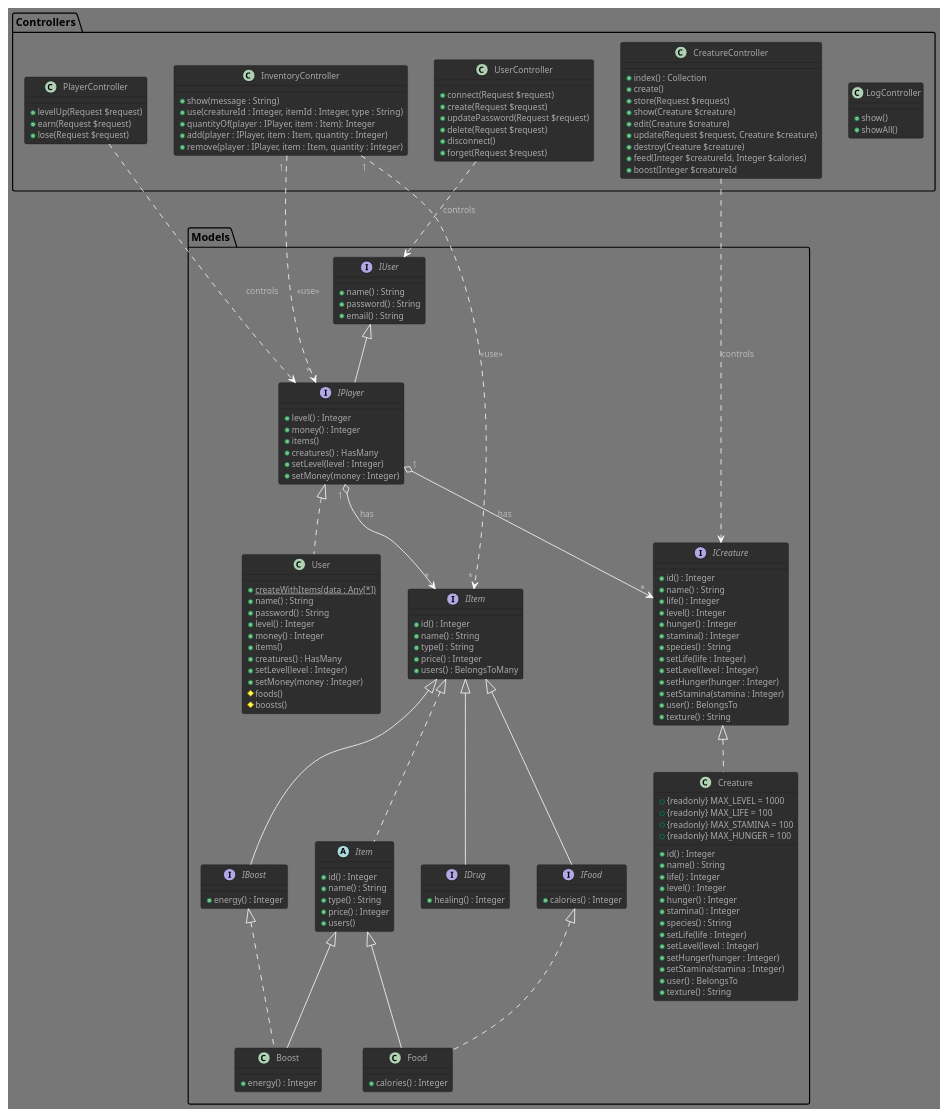
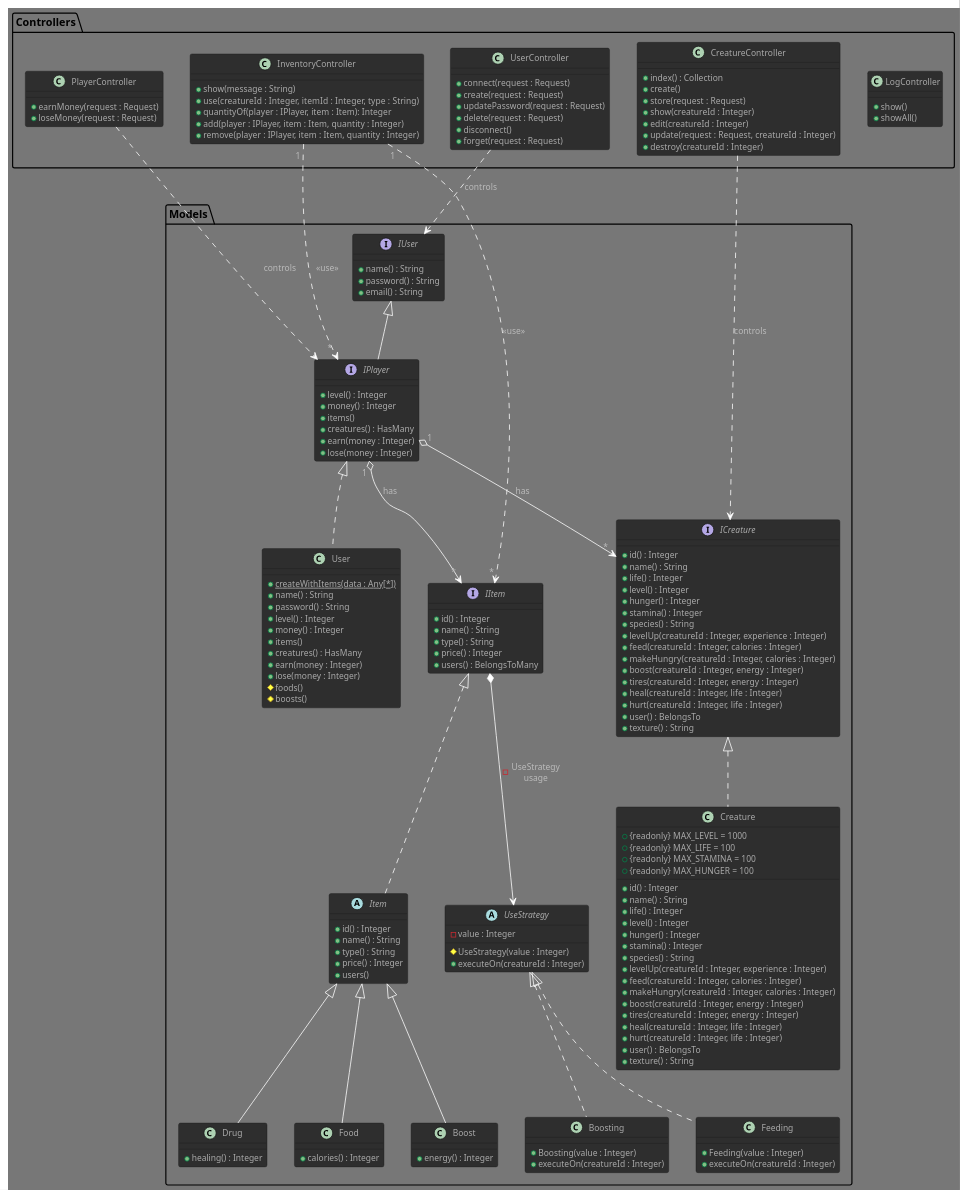
Before and after one commit to GlazKrovi/VirtualNoe: the diagram in VirtualNoe.puml, drawn with PlantUML. The commit also changed 2 other files, not shown here.

Commit message:
update app logic on uml

```diff
--- a/VirtualNoe.puml
+++ b/VirtualNoe.puml
@@ -1,177 +1,186 @@
 @startuml VirtualNoe
 
 !theme reddress-darkgreen
 
 package Models
 {
     interface IUser {
         + name() : String
         + password() : String
         + email() : String
     }
 
     interface IPlayer extends IUser
     {
-        +  level() : Integer
-        +  money() : Integer
-        +  items()
-        +  creatures() : HasMany
-        +  setLevel(level : Integer)
-        +  setMoney(money : Integer)
+        + level() : Integer /' sum of his creatures' exp '/
+        + money() : Integer
+        + items()
+        + creatures() : HasMany
+        + earn(money : Integer)
+        + lose(money : Integer)
     }
     IPlayer" 1 " o--> " * "IItem : has
     IPlayer" 1 " o--> " * "ICreature : has
 
     class User implements IPlayer
     {
         + {static} createWithItems(data : Any[*])
         + name() : String
         + password() : String
         + level() : Integer
         + money() : Integer
         + items()
-        + creatures() : HasMany
-        + setLevel(level : Integer)
-        + setMoney(money : Integer)
+        +  creatures() : HasMany
+        + earn(money : Integer)
+        + lose(money : Integer)
         # foods()
         # boosts()
     }
 
     interface IItem
     {
         + id() : Integer
         + name() : String
         + type() : String
         + price() : Integer
         + users() : BelongsToMany /' get owners '/
     }
+    IItem *--> UseStrategy : - UseStrategy\nusage
 
     abstract class Item implements IItem
     {
         + id() : Integer
         + name() : String
         + type() : String
         + price() : Integer
         + users()
     }
 
-    interface IFood implements IItem
-    {
-        /' number of points added to hunger gauge '/
-        + calories() : Integer
-    }
-
-    class Food extends Item implements IFood
+    class Food extends Item
     {
         + calories() : Integer
     }
 
-    interface IBoost implements IItem
-    {
-        /' number of points added to stamina gauge '/
-        + energy() : Integer
-    }
-
-    class Boost extends Item implements IBoost
+    class Boost extends Item
     {
         + energy() : Integer
     }
 
-    interface IDrug implements IItem
+    /' TODO '/
+    class Drug extends Item
     {
-        /' number of points added to life gauge '/
         + healing() : Integer
     }
 
     interface ICreature
     {
         + id() : Integer
         + name() : String
         + life() : Integer
         + level() : Integer
         + hunger() : Integer
         + stamina() : Integer
         + species() : String
-        + setLife(life : Integer)
-        + setLevel(level : Integer)
-        + setHunger(hunger : Integer)
-        + setStamina(stamina : Integer)
+        + levelUp(creatureId : Integer, experience : Integer)
+        + feed(creatureId : Integer, calories : Integer) /' + '/
+        + makeHungry(creatureId : Integer, calories : Integer) /' - '/
+        + boost(creatureId : Integer, energy : Integer) /' + '/
+        + tires(creatureId : Integer, energy : Integer) /' - '/
+        + heal(creatureId : Integer, life : Integer) /' + '/
+        + hurt(creatureId : Integer, life : Integer) /' - '/
         + user() : BelongsTo
         + texture() : String
     }
 
     class Creature implements ICreature
     {
         + {readonly} MAX_LEVEL = 1000
         + {readonly} MAX_LIFE = 100
         + {readonly} MAX_STAMINA = 100
         + {readonly} MAX_HUNGER = 100
         + id() : Integer
         + name() : String
         + life() : Integer
         + level() : Integer
         + hunger() : Integer
         + stamina() : Integer
         + species() : String
-        + setLife(life : Integer)
-        + setLevel(level : Integer)
-        + setHunger(hunger : Integer)
-        + setStamina(stamina : Integer)
+        + levelUp(creatureId : Integer, experience : Integer)
+        + feed(creatureId : Integer, calories : Integer) /' + '/
+        + makeHungry(creatureId : Integer, calories : Integer) /' - '/
+        + boost(creatureId : Integer, energy : Integer) /' + '/
+        + tires(creatureId : Integer, energy : Integer) /' - '/
+        + heal(creatureId : Integer, life : Integer) /' + '/
+        + hurt(creatureId : Integer, life : Integer) /' - '/
         + user() : BelongsTo
         + texture() : String
     }
+
+    /' Item Strategy '/
+    abstract UseStrategy {
+        - value : Integer
+        # UseStrategy(value : Integer)
+        + executeOn(creatureId : Integer)
+    }
+
+    class Feeding implements UseStrategy{
+        + Feeding(value : Integer)
+        + executeOn(creatureId : Integer)
+    }
+
+    class Boosting implements UseStrategy{
+        + Boosting(value : Integer)
+        + executeOn(creatureId : Integer)
+    }
+    /' TODO '/
 }
 
 package Controllers
 {
     class LogController
     {
         +  show()
         +  showAll()
     }
 
     class InventoryController   /' use IPlayer '/
     {
         + show(message : String)
         + use(creatureId : Integer, itemId : Integer, type : String)
         + quantityOf(player : IPlayer, item : Item): Integer
         + add(player : IPlayer, item : Item, quantity : Integer)
         + remove(player : IPlayer, item : Item, quantity : Integer)
     }
     InventoryController" 1 " ..> " * "IPlayer : <<use>>
     InventoryController" 1 " ..> " * "IItem : <<use>>
 
     class UserController {
-        + connect(Request $request)
-        + create(Request $request)
-        + updatePassword(Request $request)
-        + delete(Request $request)
+        + connect(request : Request)
+        + create(request : Request)
+        + updatePassword(request : Request)
+        + delete(request : Request)
         + disconnect()
-        + forget(Request $request)
+        + forget(request : Request)
     }
     UserController ..> IUser : controls
 
     class PlayerController {
-        + levelUp(Request $request)
-        + earn(Request $request)
-        + lose(Request $request)
+        + earnMoney(request : Request)
+        + loseMoney(request : Request)
     }
     PlayerController ..> IPlayer : controls
 
     class CreatureController
     {
         + index() : Collection
         + create()
-        + store(Request $request)
-        + show(Creature $creature)
-        + edit(Creature $creature)
-        + update(Request $request, Creature $creature)
-        + destroy(Creature $creature)
-        + feed(Integer $creatureId, Integer $calories)
-        + boost(Integer $creatureId
+        + store(request : Request)
+        + show(creatureId : Integer)
+        + edit(creatureId : Integer)
+        + update(request : Request, creatureId : Integer)
+        + destroy(creatureId : Integer)
     }
     CreatureController ..> ICreature : controls
-
 }
 
 @enduml
```
